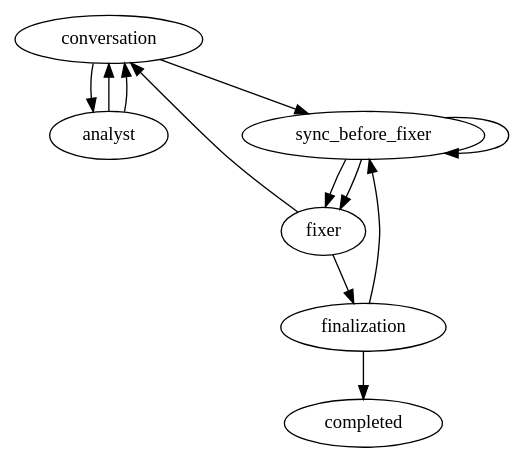
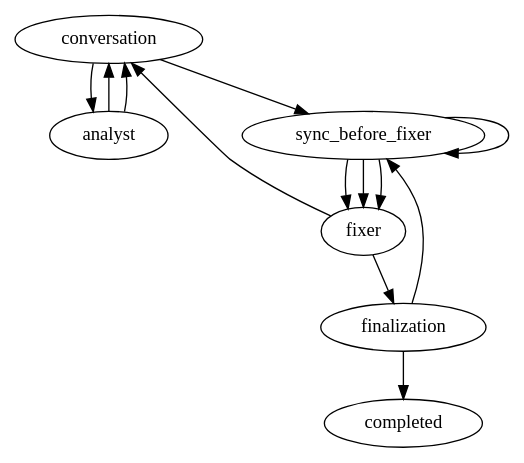
The diagram in internal/teamsource/bug/bug.dot (marioatcloudvane/litefactory), drawn with Graphviz before and after one commit. The commit also changed 88 other files, not shown here.

```diff
--- a/internal/teamsource/bug/bug.dot
+++ b/internal/teamsource/bug/bug.dot
@@ -1,23 +1,24 @@
 // One conversation, one bounded fixer invocation, automatic factory delivery.
 // Questions and all stopping outcomes park at their origin. Owner guidance
 // resumes that origin once; only exact approval releases an unapproved repair.
 digraph bug {
  graph [team="go-development",workflow="bug",profile_version="2",start="conversation"];
  conversation [lf_action="lf_loop",lf_contract="owner_conversation",lf_outcomes="analyse,approved,blocked",lf_limit="64",lf_park="owner",lf_stop="blocked,failed,invalid,exhausted"];
  analyst [lf_action="lf_agent",lf_agent_markdown="bug-analyst",lf_skills="bug-analysis-result,litefactory-rules",lf_model_tier="flagship",lf_access="read",lf_response="result",lf_outcomes="ask,done,blocked",lf_limit="8",lf_park="owner",lf_stop="blocked,failed,invalid,exhausted"];
- sync_before_fixer [lf_action="lf_sync_base",lf_outcomes="synced,current,conflict,retry",lf_limit="8",lf_park="owner",lf_stop="conflict,failed,invalid,exhausted"];
+ sync_before_fixer [lf_action="lf_sync_base",lf_outcomes="synced,current,conflict,retry,deferred",lf_limit="8",lf_park="owner",lf_stop="conflict,failed,invalid,exhausted"];
  fixer [lf_action="lf_agent",lf_agent_markdown="bug-fixer",lf_skills="bug-repair-result,litefactory-rules",lf_response="result",lf_outcomes="succeeded,reshape,blocked",lf_limit="3",lf_park="owner",lf_stop="blocked,failed,invalid,exhausted"];
  finalization [lf_action="lf_bug_finalize",lf_owner_continuation="required",lf_outcomes="completed,revalidate,stale,blocked",lf_limit="16",lf_park="owner",lf_stop="blocked,failed,invalid,exhausted,stale"];
  completed [lf_terminal="true"];
  conversation -> analyst [lf_on="analyse"];
  conversation -> sync_before_fixer [lf_on="approved"];
  analyst -> conversation [lf_on="ask"];
  analyst -> conversation [lf_on="done"];
  fixer -> conversation [lf_on="reshape"];
  fixer -> finalization [lf_on="succeeded"];
  finalization -> sync_before_fixer [lf_on="revalidate"];
  sync_before_fixer -> fixer [lf_on="synced"];
  sync_before_fixer -> fixer [lf_on="current"];
+ sync_before_fixer -> fixer [lf_on="deferred"];
  sync_before_fixer -> sync_before_fixer [lf_on="retry"];
  finalization -> completed [lf_on="completed"];
 }
```
